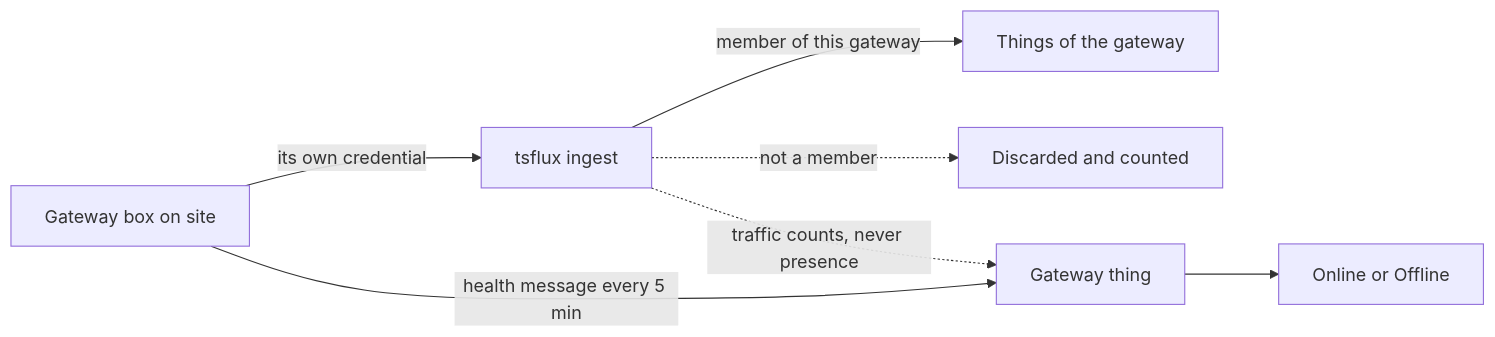
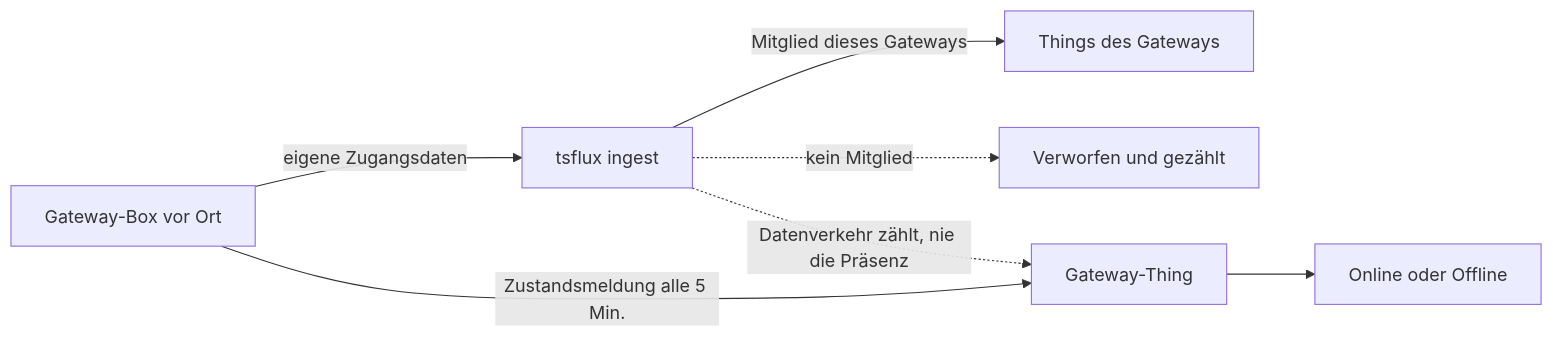
One commit to nimbit-platform/nimbit-docs changed the diagram in i18n/de/docusaurus-plugin-content-docs/current/gateways/how-gateways-work.mdx. Above: the diagram before and after it, drawn with Mermaid. The commit also changed other lines of this file and 135 other files, not shown here.

````diff
--- a/i18n/de/docusaurus-plugin-content-docs/current/gateways/how-gateways-work.mdx
+++ b/i18n/de/docusaurus-plugin-content-docs/current/gateways/how-gateways-work.mdx
@@ -15,9 +15,9 @@
 ```mermaid
 flowchart LR
-  Box["Gateway box on site"] -->|"its own credential"| Ingest["tsflux ingest"]
-  Ingest -->|"member of this gateway"| Things["Things of the gateway"]
-  Ingest -.->|"not a member"| Drop["Discarded and counted"]
-  Box -->|"health message every 5 min"| GT["Gateway thing"]
-  Ingest -.->|"traffic counts, never presence"| GT
-  GT --> Status["Online or Offline"]
+  Box["Gateway-Box vor Ort"] -->|"eigene Zugangsdaten"| Ingest["tsflux ingest"]
+  Ingest -->|"Mitglied dieses Gateways"| Things["Things des Gateways"]
+  Ingest -.->|"kein Mitglied"| Drop["Verworfen und gezählt"]
+  Box -->|"Zustandsmeldung alle 5 Min."| GT["Gateway-Thing"]
+  Ingest -.->|"Datenverkehr zählt, nie die Präsenz"| GT
+  GT --> Status["Online oder Offline"]
 ```
````
